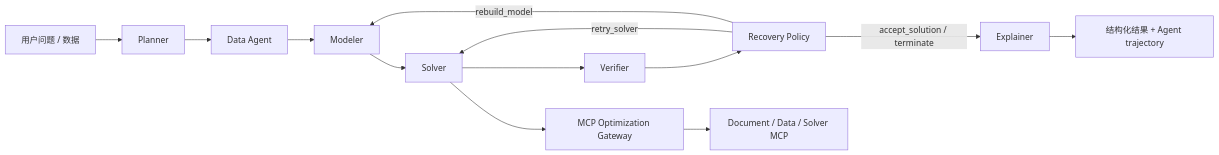
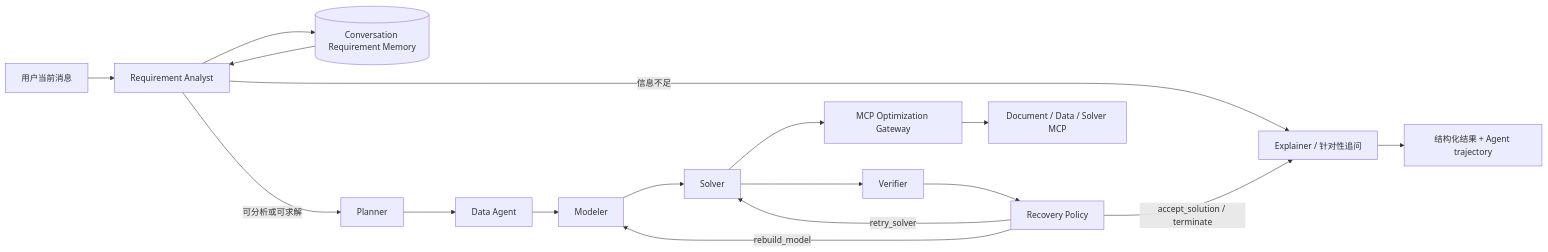
Before and after one commit to tyz211/optiagent: the diagram in docs/agent-workflow.md, drawn with Mermaid. The commit also changed other lines of this file and 51 other files, not shown here.

````diff
--- a/docs/agent-workflow.md
+++ b/docs/agent-workflow.md
@@ -9,15 +9,19 @@
 ```mermaid
 flowchart LR
-    U[用户问题 / 数据] --> P[Planner]
+    U[用户当前消息] --> RA[Requirement Analyst]
+    CM[(Conversation Requirement Memory)] --> RA
+    RA --> CM
+    RA -->|信息不足| E[Explainer / 针对性追问]
+    RA -->|可分析或可求解| P[Planner]
     P --> D[Data Agent]
     D --> M[Modeler]
     M --> S[Solver]
     S --> V[Verifier]
     V --> P2[Recovery Policy]
-    P2 -->|accept_solution / terminate| E[Explainer]
+    P2 -->|accept_solution / terminate| E
     P2 -->|retry_solver| S
     P2 -->|rebuild_model| M
     S --> G[MCP Optimization Gateway]
     G --> MC[Document / Data / Solver MCP]
     E --> R[结构化结果 + Agent trajectory]
 ```
````
